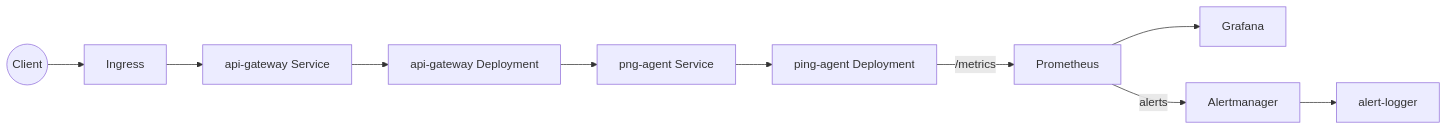
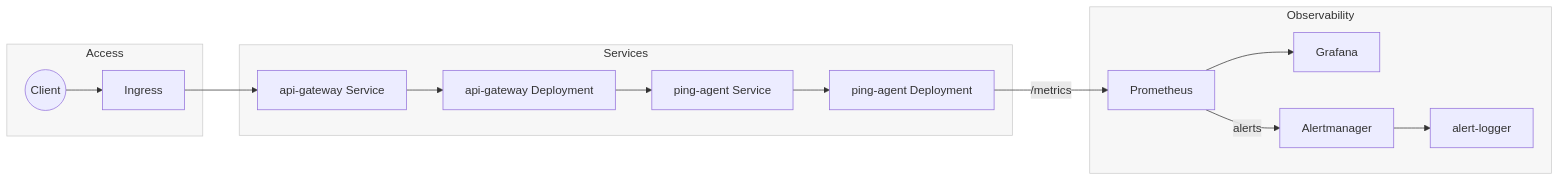
The first of 2 diagrams in ARCHITECTURE.md (fattah247/UpTimePulse), drawn with Mermaid before and after one commit. The commit also changed other lines of this file, not shown here.

Commit message:
docs(architecture): polish mermaid layout

````diff
--- a/ARCHITECTURE.md
+++ b/ARCHITECTURE.md
@@ -7,12 +7,31 @@
 ```mermaid
 flowchart LR
-  client((Client)) --> ingress[Ingress]
-  ingress --> apiGwSvc[api-gateway Service]
-  apiGwSvc --> apiGw[api-gateway Deployment]
-  apiGw --> pingSvc[png-agent Service]
-  pingSvc --> pingDep[ping-agent Deployment]
-  pingDep -->|/metrics| prom[Prometheus]
-  prom --> grafana[Grafana]
-  prom -->|alerts| am[Alertmanager]
-  am --> logger[alert-logger]
+  linkStyle default stroke-width:1px
+  classDef group fill:#f7f7f7,stroke:#cccccc,stroke-width:1px
+  subgraph Access["Access"]
+    client((Client))
+    ingress[Ingress]
+  end
+
+  subgraph Services["Services"]
+    apiSvc[api-gateway Service]
+    apiDep[api-gateway Deployment]
+    pingSvc[ping-agent Service]
+    pingDep[ping-agent Deployment]
+  end
+
+  subgraph Observability["Observability"]
+    prom[Prometheus]
+    grafana[Grafana]
+    am[Alertmanager]
+    logger[alert-logger]
+  end
+
+  client --> ingress --> apiSvc --> apiDep
+  apiDep --> pingSvc --> pingDep
+  pingDep -->|/metrics| prom
+  prom --> grafana
+  prom -->|alerts| am --> logger
+
+  class Access,Services,Observability group
 ```
````
